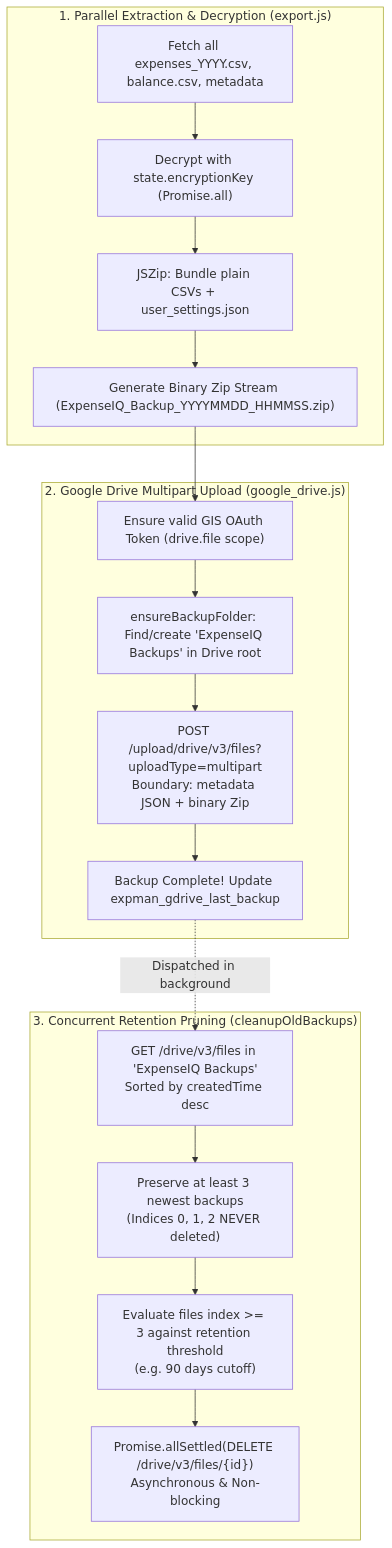
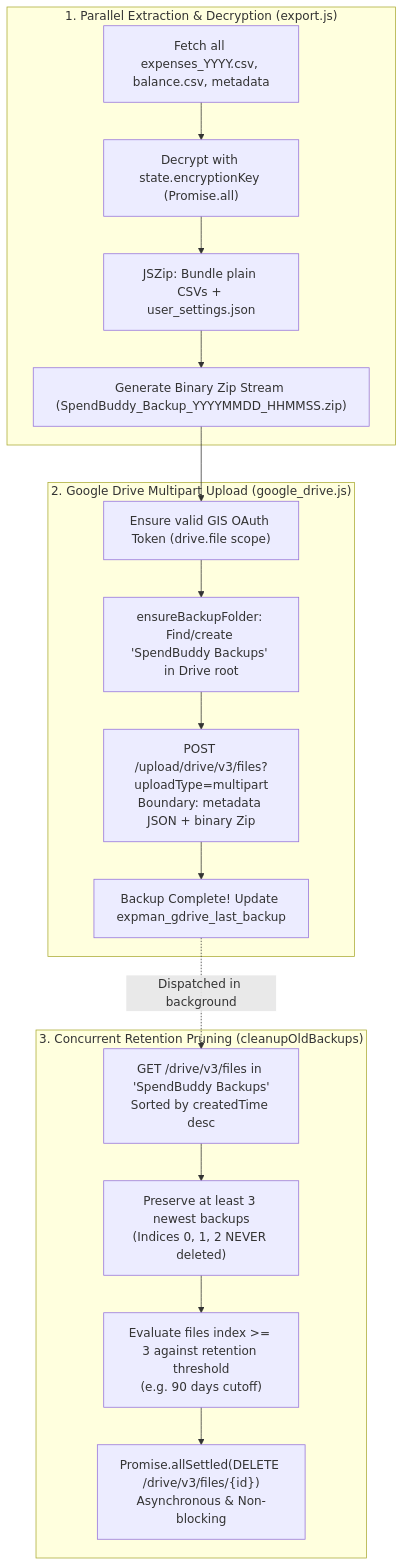
One commit to rakeshmalik91/spendbuddy changed the second of 2 diagrams in docs/architecture/google-drive-backup.md. Above: the diagram before and after it, drawn with Mermaid. The commit also changed other lines of this file and 124 other files, not shown here.

First line of the commit message:
refactor: rename app to SpendBuddy

````diff
--- a/docs/architecture/google-drive-backup.md
+++ b/docs/architecture/google-drive-backup.md
@@ -60,26 +60,26 @@
 ```mermaid
 flowchart TD
     subgraph DataFetch["1. Parallel Extraction & Decryption (export.js)"]
         CSV["Fetch all expenses_YYYY.csv, balance.csv, metadata"]
         Decrypt["Decrypt with state.encryptionKey (Promise.all)"]
         Zip["JSZip: Bundle plain CSVs + user_settings.json"]
-        Blob["Generate Binary Zip Stream (ExpenseIQ_Backup_YYYYMMDD_HHMMSS.zip)"]
+        Blob["Generate Binary Zip Stream (SpendBuddy_Backup_YYYYMMDD_HHMMSS.zip)"]
     end
 
     subgraph Upload["2. Google Drive Multipart Upload (google_drive.js)"]
         Token["Ensure valid GIS OAuth Token (drive.file scope)"]
-        Folder["ensureBackupFolder: Find/create 'ExpenseIQ Backups' in Drive root"]
+        Folder["ensureBackupFolder: Find/create 'SpendBuddy Backups' in Drive root"]
         Multipart["POST /upload/drive/v3/files?uploadType=multipart<br/>Boundary: metadata JSON + binary Zip"]
         Success["Backup Complete! Update expman_gdrive_last_backup"]
     end
 
     subgraph Pruning["3. Concurrent Retention Pruning (cleanupOldBackups)"]
-        List["GET /drive/v3/files in 'ExpenseIQ Backups'<br/>Sorted by createdTime desc"]
+        List["GET /drive/v3/files in 'SpendBuddy Backups'<br/>Sorted by createdTime desc"]
         Safety["Preserve at least 3 newest backups<br/>(Indices 0, 1, 2 NEVER deleted)"]
         Filter["Evaluate files index >= 3 against retention threshold<br/>(e.g. 90 days cutoff)"]
         Delete["Promise.allSettled(DELETE /drive/v3/files/{id})<br/>Asynchronous & Non-blocking"]
     end
 
     CSV --> Decrypt --> Zip --> Blob --> Token --> Folder --> Multipart --> Success
     Success -.->|Dispatched in background| List --> Safety --> Filter --> Delete
 ```
````
